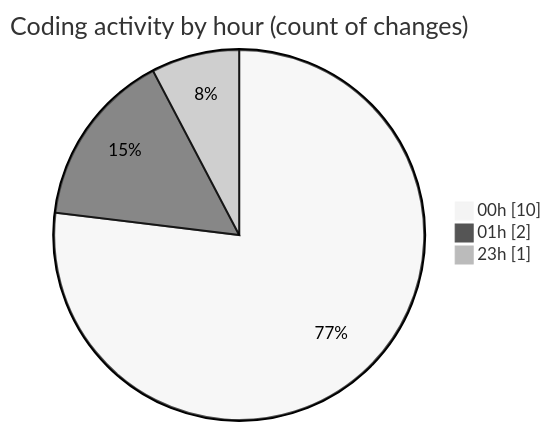
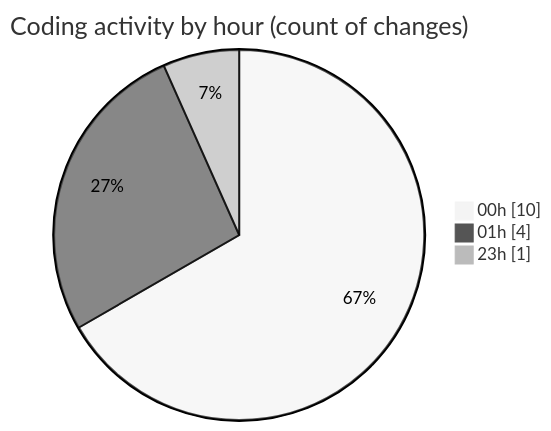
The second of 2 diagrams in 2026-02-09/singularitybrainai/README.md (tmsrecording-cyber/code-tracking), drawn with Mermaid (neutral theme) before and after one commit. The commit also changed other lines of this file and 1 other file, not shown here.

````diff
--- a/2026-02-09/singularitybrainai/README.md
+++ b/2026-02-09/singularitybrainai/README.md
@@ -29,7 +29,7 @@
 ```mermaid
 pie showData
 title Coding activity by hour (count of changes)
 "00h" : 10
-"01h" : 2
+"01h" : 4
 "23h" : 1
 ```
````
